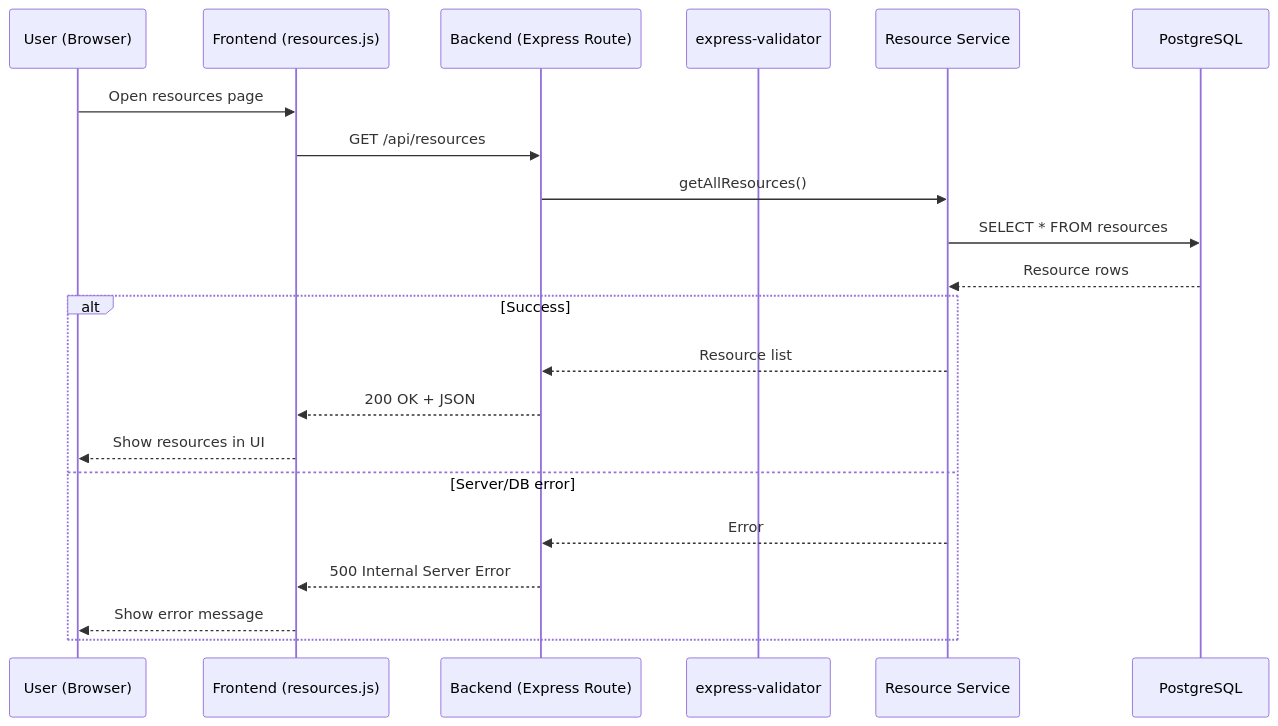
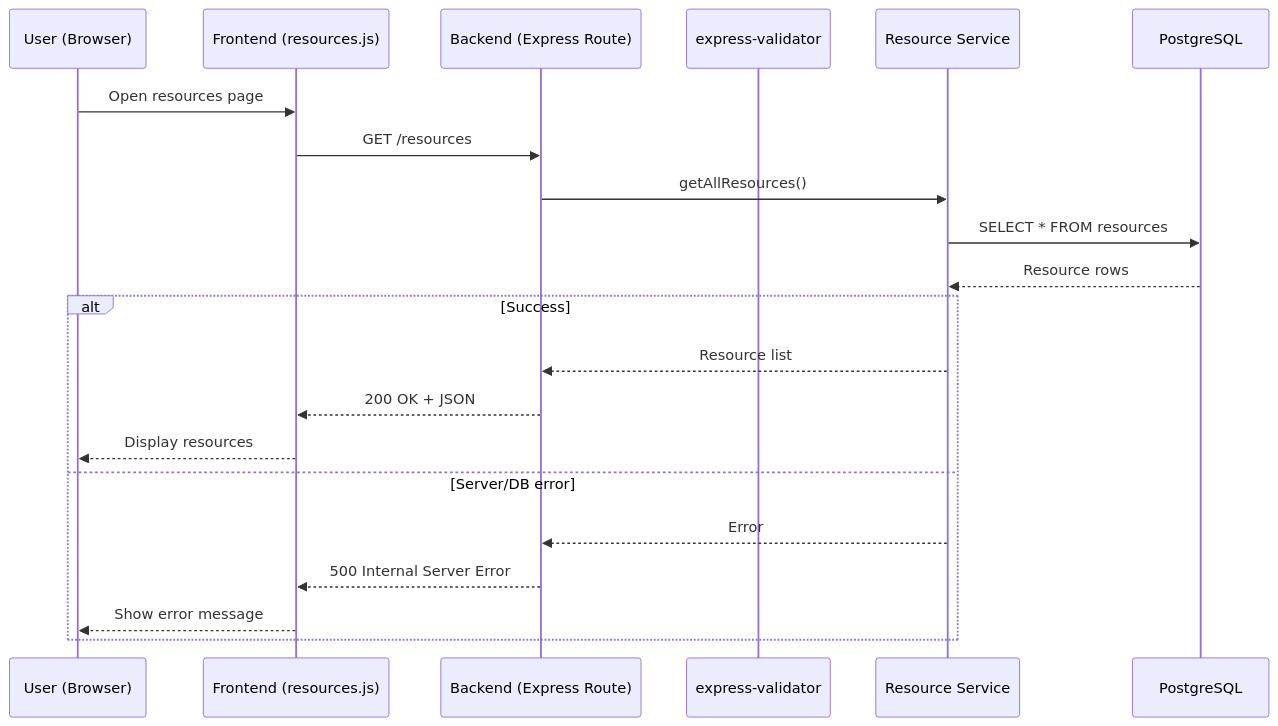
One commit to NirakannaCentria/AdvancedWebDev26 changed the second of 4 diagrams in AWD_Phase6/G1_CRUD_DataFlow.md. Above: the diagram before and after it, drawn with Mermaid. The commit also changed other lines of this file, not shown here.

````diff
--- a/AWD_Phase6/G1_CRUD_DataFlow.md
+++ b/AWD_Phase6/G1_CRUD_DataFlow.md
@@ -41,25 +41,25 @@
 ```mermaid
 sequenceDiagram
     participant U as User (Browser)
     participant F as Frontend (resources.js)
     participant B as Backend (Express Route)
     participant V as express-validator
     participant S as Resource Service
     participant DB as PostgreSQL
 
     U->>F: Open resources page
-    F->>B: GET /api/resources
+    F->>B: GET /resources
     B->>S: getAllResources()
     S->>DB: SELECT * FROM resources
     DB-->>S: Resource rows
 
    alt Success
         S-->>B: Resource list
         B-->>F: 200 OK + JSON
-        F-->>U: Show resources in UI
+        F-->>U: Display resources
     else Server/DB error
         S-->>B: Error
         B-->>F: 500 Internal Server Error
         F-->>U: Show error message
     end
 ```
````
